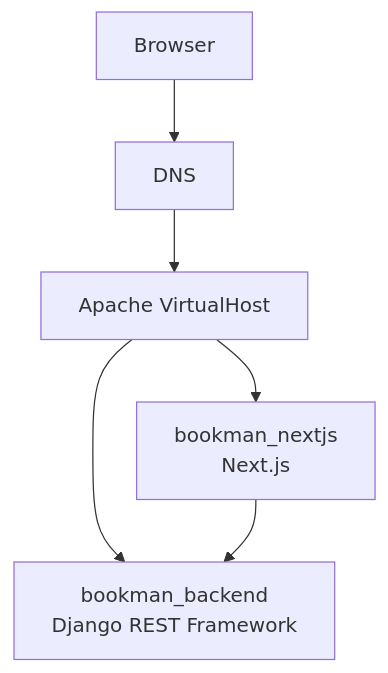
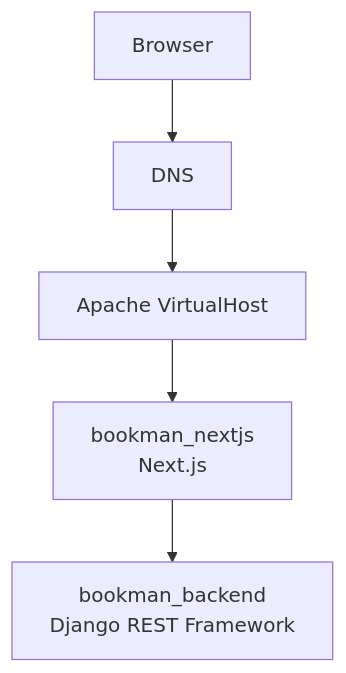
The diagram in docs/qiita/bookman_subdomain_deploy.md (duri0214/portfolio), drawn with Mermaid before and after one commit. The commit also changed other lines of this file and 3 other files, not shown here.

````diff
--- a/docs/qiita/bookman_subdomain_deploy.md
+++ b/docs/qiita/bookman_subdomain_deploy.md
@@ -44,14 +44,13 @@
 ```mermaid
 flowchart TB
   browser[Browser]
   dns[DNS]
   apache[Apache VirtualHost]
   nextjs[bookman_nextjs<br>Next.js]
   drf[bookman_backend<br>Django REST Framework]
 
   browser --> dns
   dns --> apache
   apache --> nextjs
-  apache --> drf
   nextjs --> drf
 ```
````
